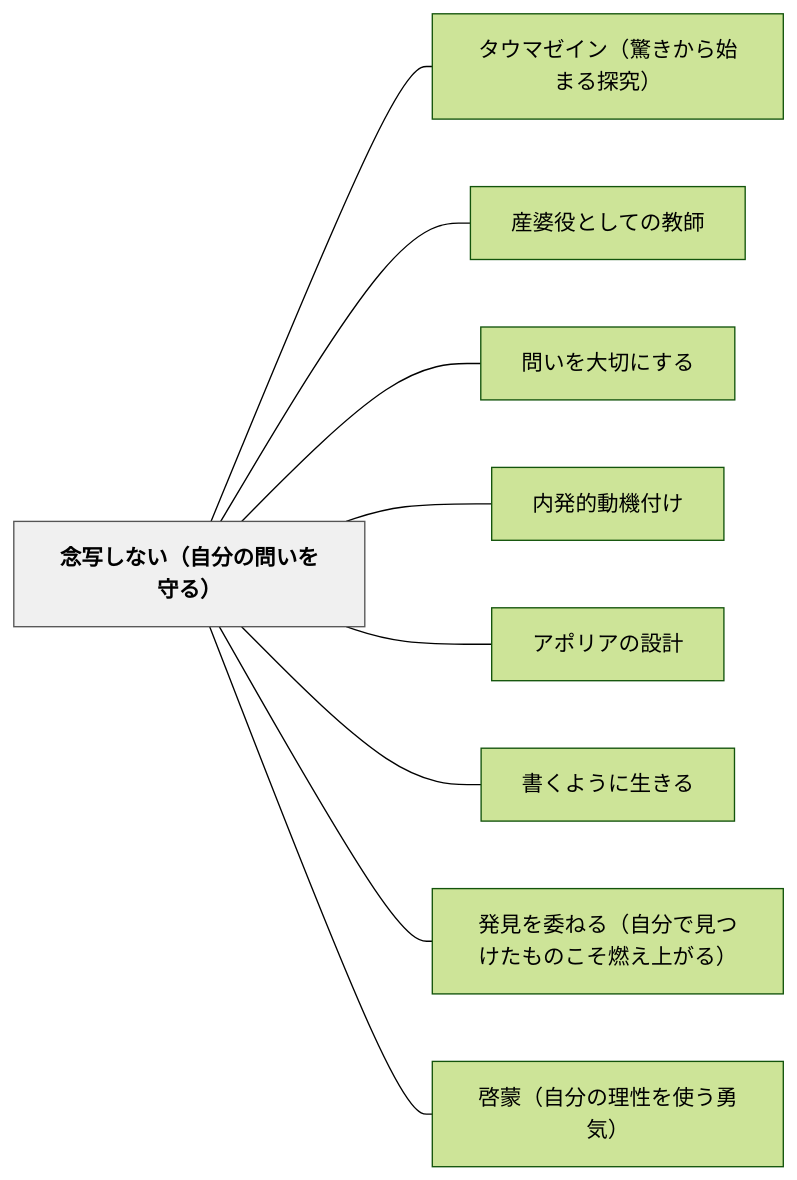
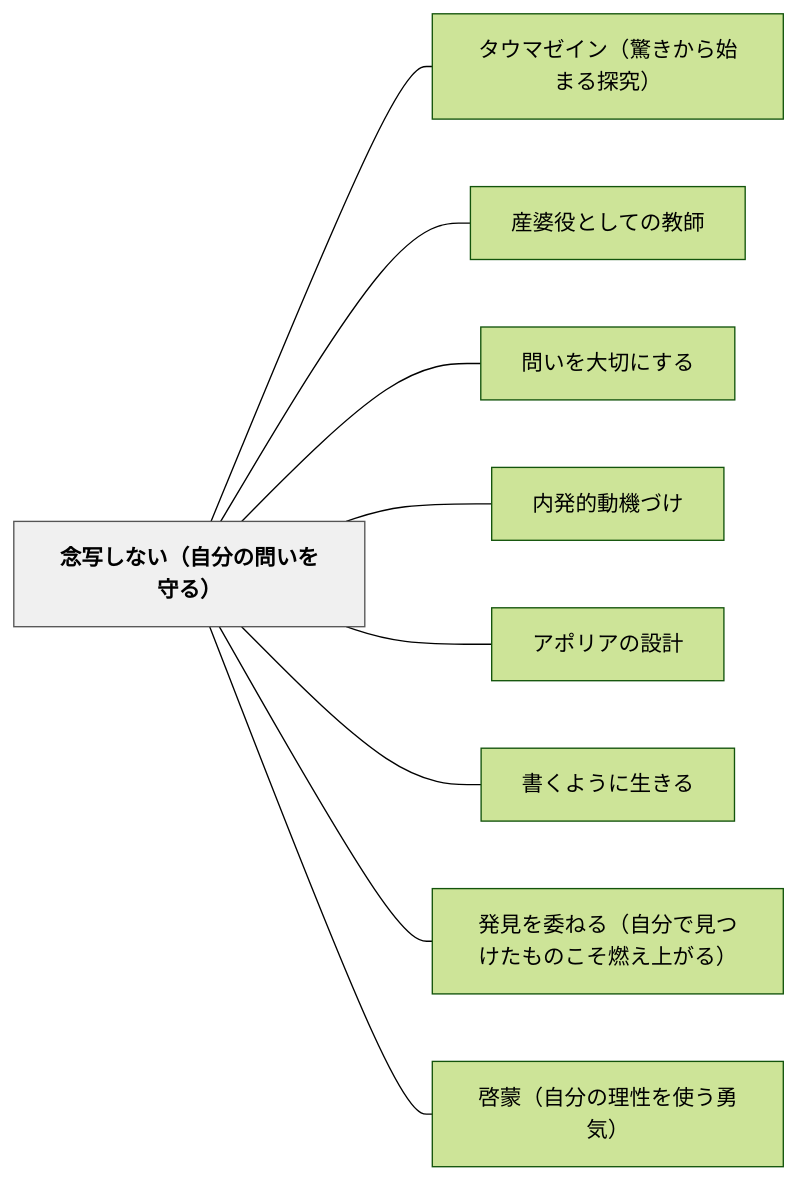
One commit to unknownthings-ed-patterns/unknownthings-ed-patterns changed the diagram in content/パタン/念写しない（自分の問いを守る）.md. Above: the diagram before and after it, drawn with Mermaid (forest theme). The commit also changed other lines of this file and 234 other files, not shown here.

````diff
--- a/content/パタン/念写しない（自分の問いを守る）.md
+++ b/content/パタン/念写しない（自分の問いを守る）.md
@@ -129,24 +129,24 @@
 ```mermaid
 flowchart LR
     ne5bfb5e58699e38197e381aae38184efbc88e887aae58886e381aee5958fe38184e38292e5ae88e3828befbc89["念写しない（自分の問いを守る）"]
     ne382bfe382a6e3839ee382bce382a4e383b3efbc88e9a99ae3818de3818be38289e5a78be381bee3828be68ea2e7a9b6efbc89["タウマゼイン（驚きから始まる探究）"]
     ne794a3e5a986e5bdb9e381a8e38197e381a6e381aee69599e5b8ab["産婆役としての教師"]
     ne5958fe38184e38292e5a4a7e58887e381abe38199e3828b["問いを大切にする"]
-    ne58685e799bae79a84e58b95e6a99fe4bb98e38191["内発的動機付け"]
+    ne58685e799bae79a84e58b95e6a99fe381a5e38191["内発的動機づけ"]
     ne382a2e3839de383aae382a2e381aee8a8ade8a888["アポリアの設計"]
     ne69bb8e3818fe38288e38186e381abe7949fe3818de3828b["書くように生きる"]
     ne799bae8a68be38292e5a794e381ade3828befbc88e887aae58886e381a7e8a68be381a4e38191e3819fe38282e381aee38193e3819de78783e38188e4b88ae3818ce3828befbc89["発見を委ねる（自分で見つけたものこそ燃え上がる）"]
     ne59593e89299efbc88e887aae58886e381aee79086e680a7e38292e4bdbfe38186e58b87e6b097efbc89["啓蒙（自分の理性を使う勇気）"]
 
     ne5bfb5e58699e38197e381aae38184efbc88e887aae58886e381aee5958fe38184e38292e5ae88e3828befbc89 --- ne382bfe382a6e3839ee382bce382a4e383b3efbc88e9a99ae3818de3818be38289e5a78be381bee3828be68ea2e7a9b6efbc89
     ne5bfb5e58699e38197e381aae38184efbc88e887aae58886e381aee5958fe38184e38292e5ae88e3828befbc89 --- ne794a3e5a986e5bdb9e381a8e38197e381a6e381aee69599e5b8ab
     ne5bfb5e58699e38197e381aae38184efbc88e887aae58886e381aee5958fe38184e38292e5ae88e3828befbc89 --- ne5958fe38184e38292e5a4a7e58887e381abe38199e3828b
-    ne5bfb5e58699e38197e381aae38184efbc88e887aae58886e381aee5958fe38184e38292e5ae88e3828befbc89 --- ne58685e799bae79a84e58b95e6a99fe4bb98e38191
+    ne5bfb5e58699e38197e381aae38184efbc88e887aae58886e381aee5958fe38184e38292e5ae88e3828befbc89 --- ne58685e799bae79a84e58b95e6a99fe381a5e38191
     ne5bfb5e58699e38197e381aae38184efbc88e887aae58886e381aee5958fe38184e38292e5ae88e3828befbc89 --- ne382a2e3839de383aae382a2e381aee8a8ade8a888
     ne5bfb5e58699e38197e381aae38184efbc88e887aae58886e381aee5958fe38184e38292e5ae88e3828befbc89 --- ne69bb8e3818fe38288e38186e381abe7949fe3818de3828b
     ne5bfb5e58699e38197e381aae38184efbc88e887aae58886e381aee5958fe38184e38292e5ae88e3828befbc89 --- ne799bae8a68be38292e5a794e381ade3828befbc88e887aae58886e381a7e8a68be381a4e38191e3819fe38282e381aee38193e3819de78783e38188e4b88ae3818ce3828befbc89
     ne5bfb5e58699e38197e381aae38184efbc88e887aae58886e381aee5958fe38184e38292e5ae88e3828befbc89 --- ne59593e89299efbc88e887aae58886e381aee79086e680a7e38292e4bdbfe38186e58b87e6b097efbc89
 
     classDef hub fill:#f0f0f0,stroke:#555,color:#000,font-weight:bold
     class ne5bfb5e58699e38197e381aae38184efbc88e887aae58886e381aee5958fe38184e38292e5ae88e3828befbc89 hub
 ```
````
